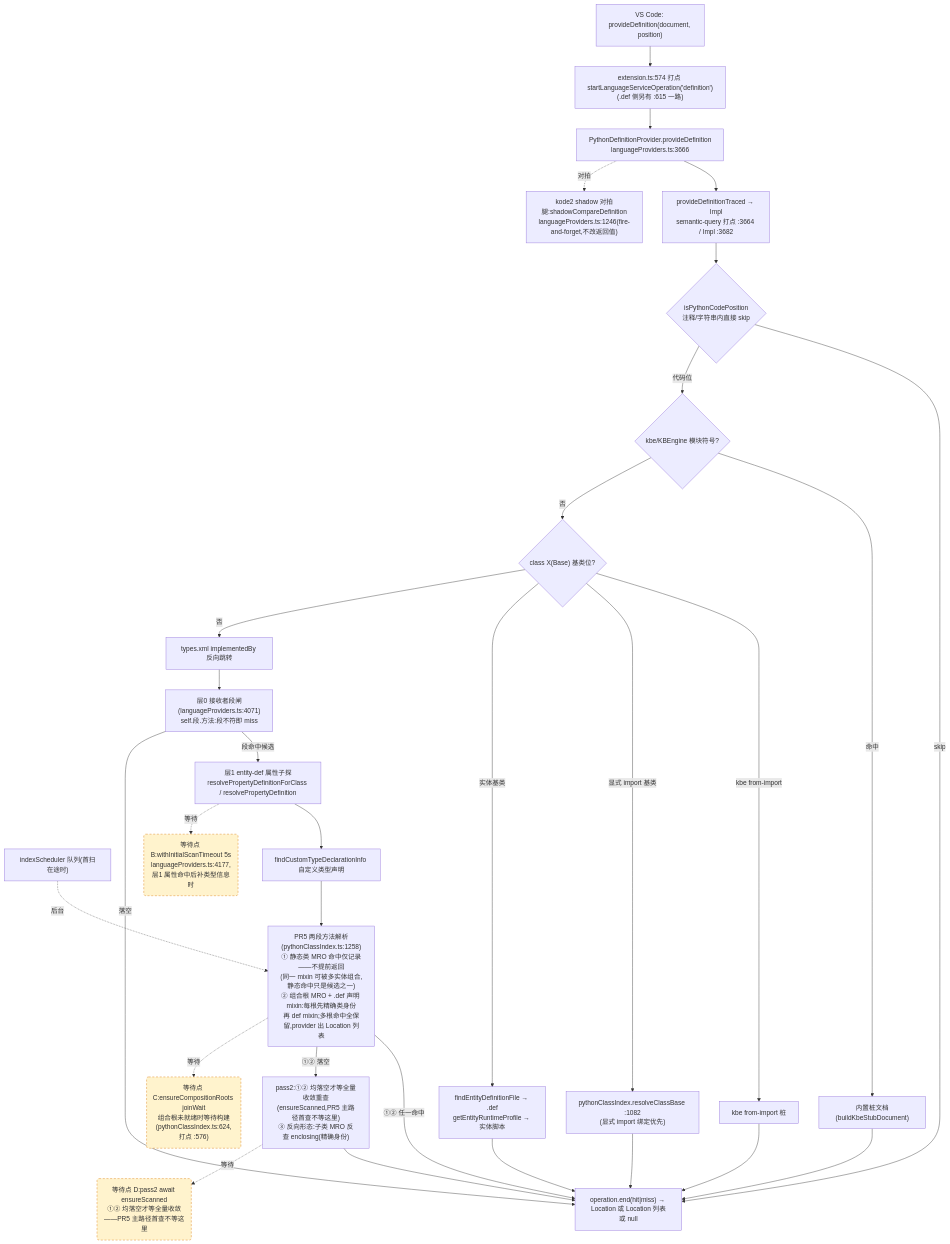
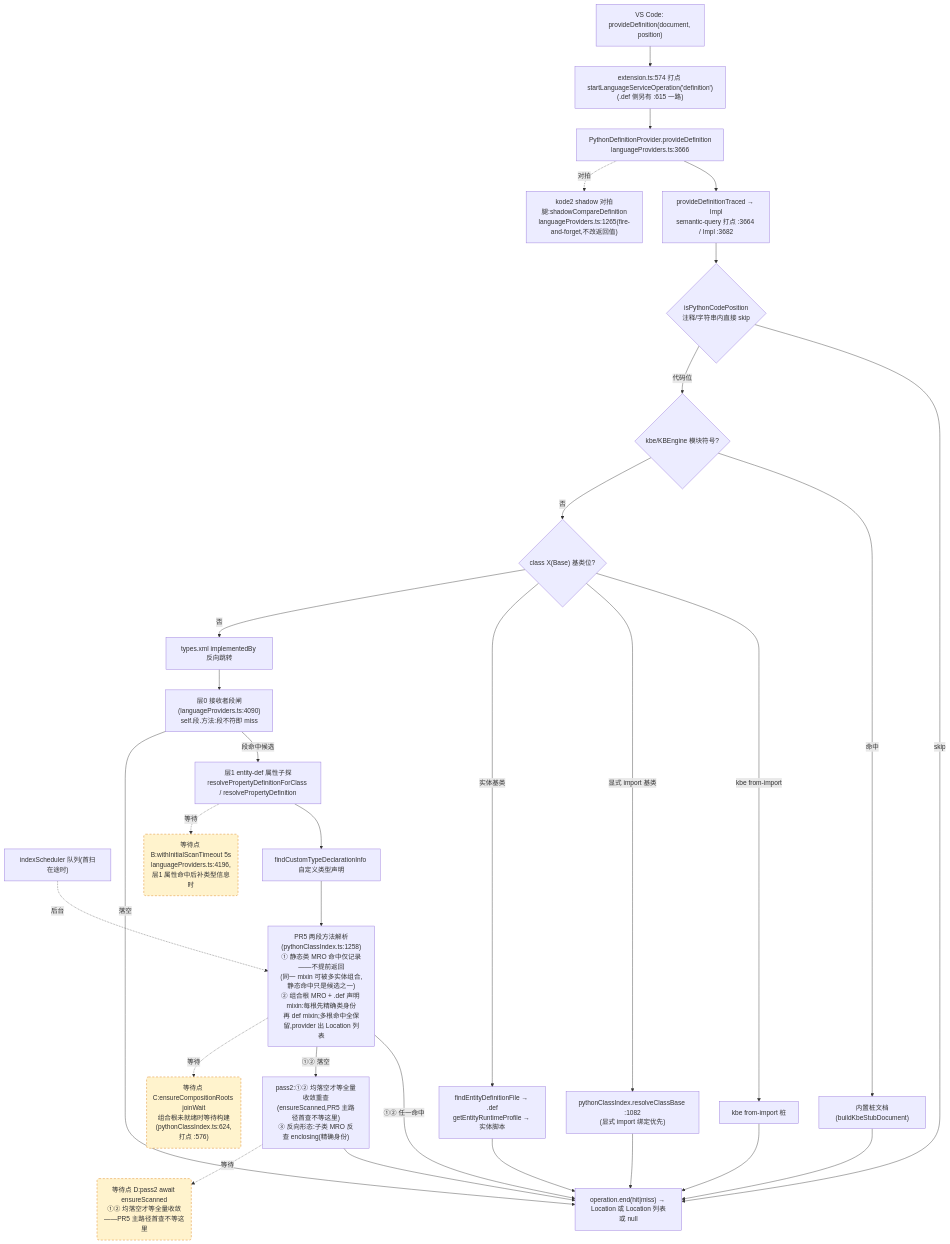
One commit to cuihairu/kode changed the second of 4 diagrams in docs/perf/2026-baseline.md. Above: the diagram before and after it, drawn with Mermaid. The commit also changed other lines of this file and 4 other files, not shown here.

````diff
--- a/docs/perf/2026-baseline.md
+++ b/docs/perf/2026-baseline.md
@@ -130,51 +130,51 @@
 ```mermaid
 flowchart TD
   VC2["VS Code: provideDefinition(document, position)"]
   M2["extension.ts:574 打点 startLanguageServiceOperation('definition')<br/>(.def 侧另有 :615 一路)"]
   AD2["PythonDefinitionProvider.provideDefinition<br/>languageProviders.ts:3666"]
   TR["provideDefinitionTraced → Impl<br/>semantic-query 打点 :3664 / Impl :3682"]
   CTX{"isPythonCodePosition<br/>注释/字符串内直接 skip"}
   KBE{"kbe/KBEngine 模块符号?"}
   STUB["内置桩文档(buildKbeStubDocument)"]
   CB{"class X(Base) 基类位?"}
   CB1["kbe from-import 桩"]
   CB2["pythonClassIndex.resolveClassBase :1082<br/>(显式 import 绑定优先)"]
   CB3["findEntityDefinitionFile → .def<br/>getEntityRuntimeProfile → 实体脚本"]
   REV["types.xml implementedBy 反向跳转"]
-  L0["层0 接收者段闸(languageProviders.ts:4071)<br/>self.段.方法:段不符即 miss"]
+  L0["层0 接收者段闸(languageProviders.ts:4090)<br/>self.段.方法:段不符即 miss"]
   L1["层1 entity-def 属性子探<br/>resolvePropertyDefinitionForClass / resolvePropertyDefinition"]
   SCAN["indexScheduler 队列(首扫在途时)"]
   TY["findCustomTypeDeclarationInfo 自定义类型声明"]
   MRO["PR5 两段方法解析(pythonClassIndex.ts:1258)<br/>① 静态类 MRO 命中仅记录——不提前返回<br/>(同一 mixin 可被多实体组合,静态命中只是候选之一)<br/>② 组合根 MRO + .def 声明 mixin:每根先精确类身份<br/>再 def mixin;多根命中全保留,provider 出 Location 列表"]
   PASS2["pass2:①② 均落空才等全量收敛重查<br/>(ensureScanned,PR5 主路径首查不等这里)<br/>③ 反向形态:子类 MRO 反查 enclosing(精确身份)"]
-  SHD["kode2 shadow 对拍腿:shadowCompareDefinition<br/>languageProviders.ts:1246(fire-and-forget,不改返回值)"]
+  SHD["kode2 shadow 对拍腿:shadowCompareDefinition<br/>languageProviders.ts:1265(fire-and-forget,不改返回值)"]
   END2["operation.end(hit|miss) → Location 或 Location 列表或 null"]
 
   VC2 --> M2 --> AD2 --> TR --> CTX
   CTX -- "skip" --> END2
   CTX -- "代码位" --> KBE
   KBE -- "命中" --> STUB --> END2
   KBE -- "否" --> CB
   CB -- "kbe from-import" --> CB1 --> END2
   CB -- "显式 import 基类" --> CB2 --> END2
   CB -- "实体基类" --> CB3 --> END2
   CB -- "否" --> REV --> L0
   L0 -- "段命中候选" --> L1
   L0 -- "落空" --> END2
   L1 --> TY
   TY --> MRO
   MRO -- "①② 任一命中" --> END2
   MRO -- "①② 落空" --> PASS2 --> END2
   AD2 -.->|对拍| SHD
 
-  WAITB("等待点 B:withInitialScanTimeout 5s<br/>languageProviders.ts:4177,层1 属性命中后补类型信息时")
+  WAITB("等待点 B:withInitialScanTimeout 5s<br/>languageProviders.ts:4196,层1 属性命中后补类型信息时")
   WAITC("等待点 C:ensureCompositionRoots joinWait<br/>组合根未就绪时等待构建(pythonClassIndex.ts:624,打点 :576)")
   WAITD("等待点 D:pass2 await ensureScanned<br/>①② 均落空才等全量收敛——PR5 主路径首查不等这里")
   L1 -.->|等待| WAITB
   MRO -.->|等待| WAITC
   PASS2 -.->|等待| WAITD
   SCAN -.->|后台| MRO
 
   classDef waitPoint fill:#fff3cd,stroke:#d97706,stroke-dasharray:5 4;
   class WAITB,WAITC,WAITD waitPoint;
 ```
````
